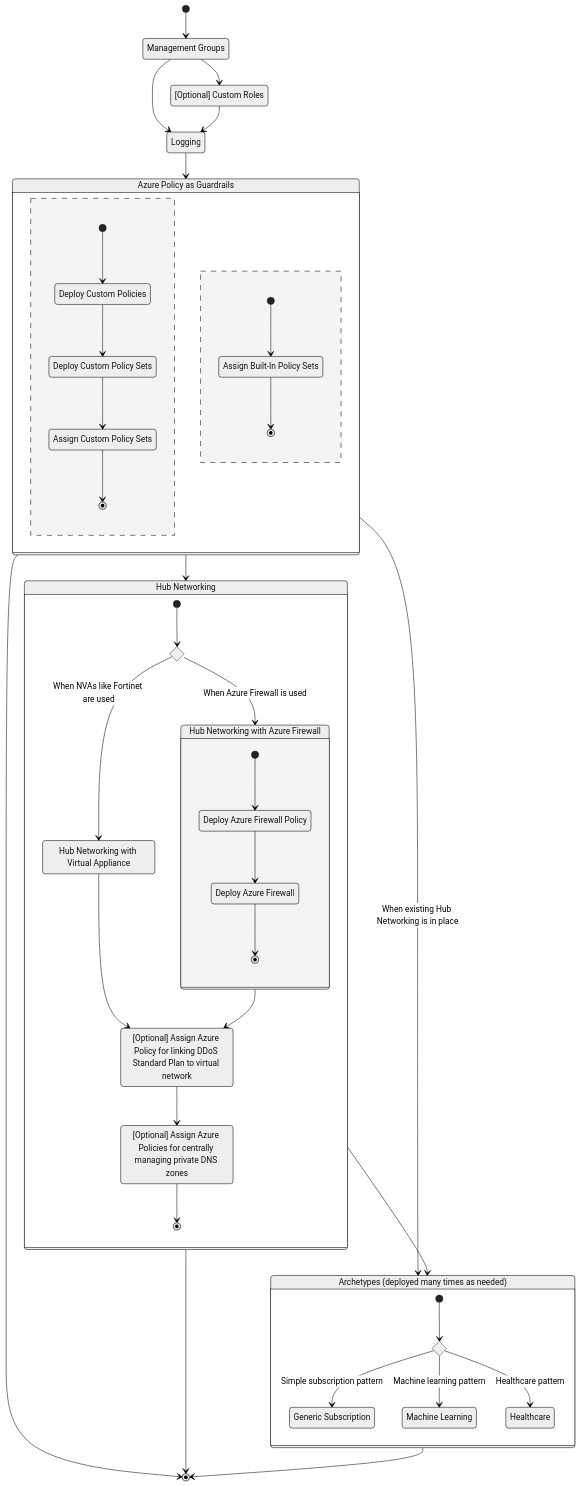
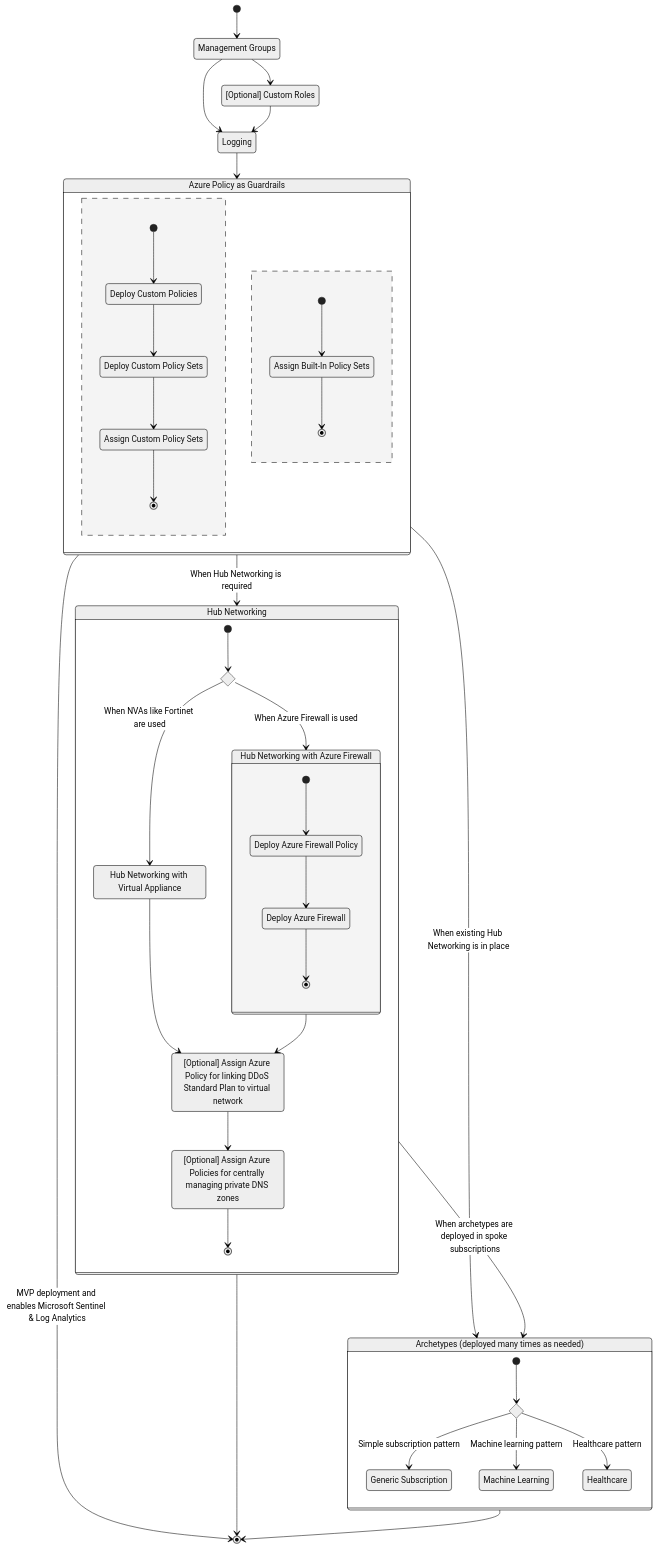
Before and after one commit to Azure/CanadaPubSecALZ: the diagram in docs/onboarding/azure-devops-pipelines.md, drawn with Mermaid (neutral theme).

Commit message:
Add description on edges

````diff
--- a/docs/onboarding/azure-devops-pipelines.md
+++ b/docs/onboarding/azure-devops-pipelines.md
@@ -91,7 +91,7 @@
         AssignBuiltInPolicySets --> [*]
     }
 
-    Policy --> HubNetworking
+    Policy --> HubNetworking: When Hub Networking is required
     Policy --> Archetypes: When existing Hub Networking is in place
 
     state HubNetworking {
@@ -116,7 +116,7 @@
         AssignPrivateDNSZonesPolicy --> [*]
     }
 
-    HubNetworking --> Archetypes
+    HubNetworking --> Archetypes: When archetypes are deployed in spoke subscriptions
 
     state Archetypes {
         state ArchetypeChoice <<choice>>
@@ -128,7 +128,7 @@
         ArchetypeChoice --> DeployHealthcareArchetype: Healthcare pattern
     }
 
-    Policy --> [*]
+    Policy --> [*]: MVP deployment and enables Microsoft Sentinel & Log Analytics
     HubNetworking --> [*]
     Archetypes --> [*]
 ```
````
